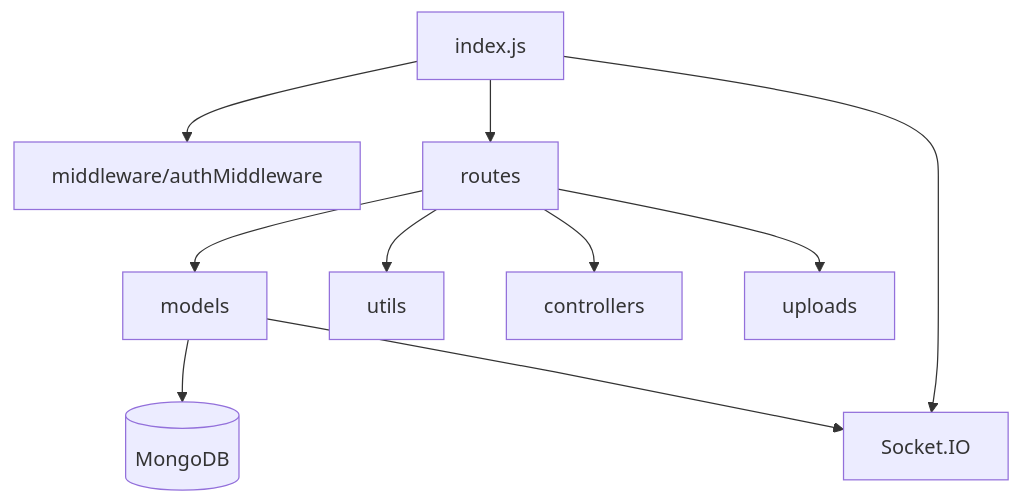
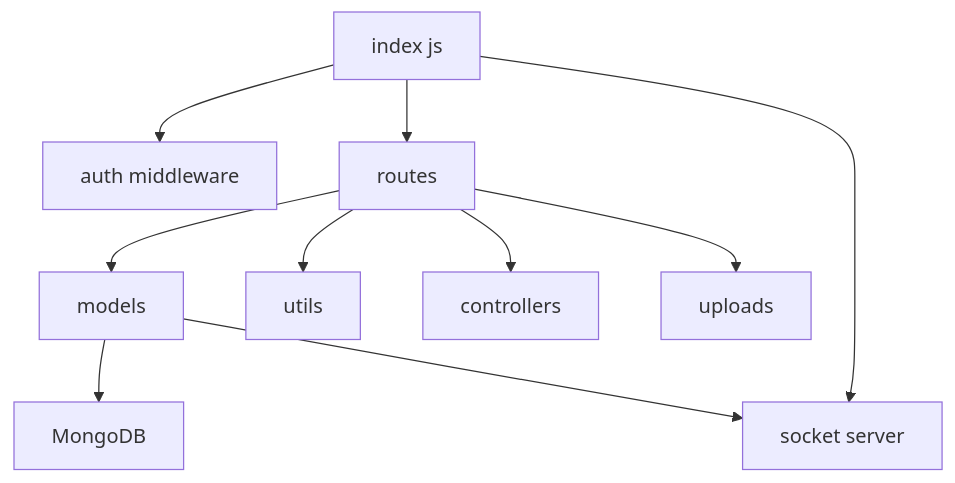
Before and after one commit to gobinath-sketch/system001: the sixth of 6 diagrams in README.md, drawn with Mermaid. The commit also changed other lines of this file, not shown here.

````diff
--- a/README.md
+++ b/README.md
@@ -155,12 +146,12 @@
 ```mermaid
-graph TB;
-  IDX["index.js"] --> MID["middleware/authMiddleware"];
-  IDX --> ROUTES["routes"];
-  ROUTES --> MODELS["models"];
-  ROUTES --> UTILS["utils"];
-  ROUTES --> CTRL["controllers"];
-  MODELS --> DB[("MongoDB")];
-  ROUTES --> UP["uploads"];
-  IDX --> IO["Socket.IO"];
-  MODELS --> IO;
+flowchart TB
+  MAIN[index js] --> MID[auth middleware]
+  MAIN --> ROUTE[routes]
+  ROUTE --> MODEL[models]
+  ROUTE --> UTIL[utils]
+  ROUTE --> CTRL[controllers]
+  MODEL --> DB[MongoDB]
+  ROUTE --> FILES[uploads]
+  MAIN --> IO[socket server]
+  MODEL --> IO
 ```
````
